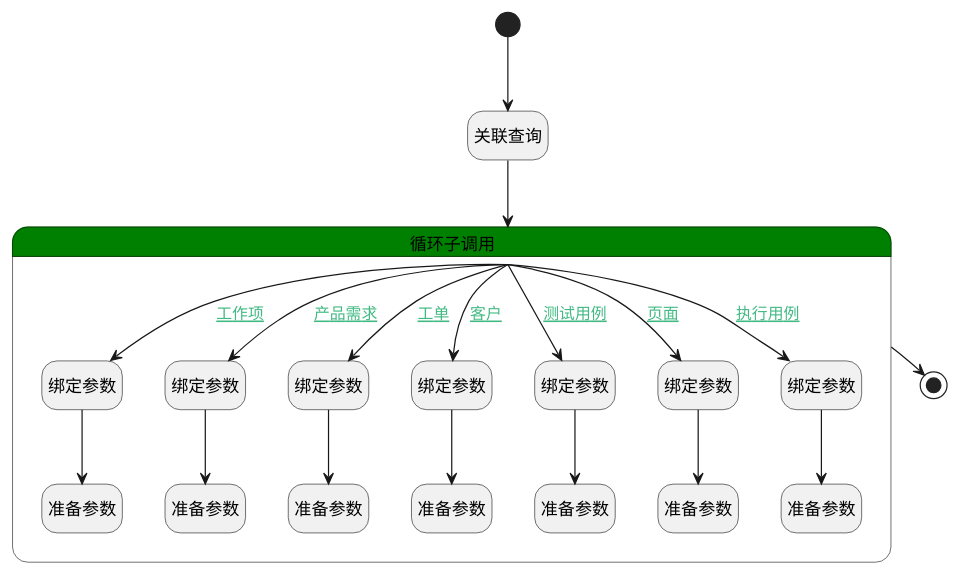
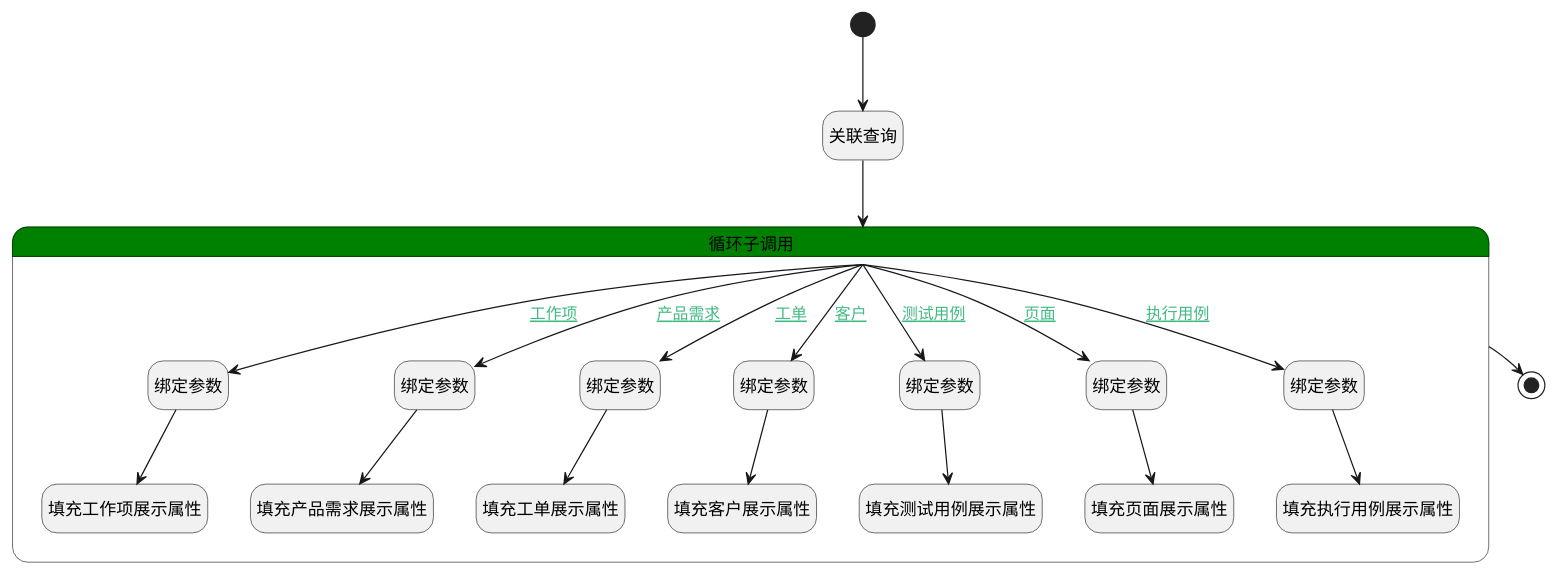
Before and after one commit to iBizLab/plm: the diagram in doc/docsify/module/Base/search_comment/logic/advanced_search.md, drawn with PlantUML. The commit also changed other lines of this file and 1068 other files, not shown here.

````diff
--- a/doc/docsify/module/Base/search_comment/logic/advanced_search.md
+++ b/doc/docsify/module/Base/search_comment/logic/advanced_search.md
@@ -7,52 +7,52 @@
 ```plantuml
 @startuml
 hide empty description
 <style>
 root {
   HyperlinkColor #42b983
 }
 </style>
 
 hide empty description
 state "开始" as Begin <<start>> [[$./advanced_search#begin {"开始"}]]
 state "关联查询" as DEDATASET1  [[$./advanced_search#dedataset1 {"关联查询"}]]
 state "结束" as END1 <<end>> [[$./advanced_search#end1 {"结束"}]]
 state "循环子调用" as LOOPSUBCALL1  [[$./advanced_search#loopsubcall1 {"循环子调用"}]] #green {
 state "绑定参数" as BINDPARAM1  [[$./advanced_search#bindparam1 {"绑定参数"}]]
-state "准备参数" as PREPAREPARAM1  [[$./advanced_search#prepareparam1 {"准备参数"}]]
+state "填充工作项展示属性" as PREPAREPARAM1  [[$./advanced_search#prepareparam1 {"填充工作项展示属性"}]]
 state "绑定参数" as BINDPARAM2  [[$./advanced_search#bindparam2 {"绑定参数"}]]
-state "准备参数" as PREPAREPARAM2  [[$./advanced_search#prepareparam2 {"准备参数"}]]
+state "填充产品需求展示属性" as PREPAREPARAM2  [[$./advanced_search#prepareparam2 {"填充产品需求展示属性"}]]
 state "绑定参数" as BINDPARAM3  [[$./advanced_search#bindparam3 {"绑定参数"}]]
-state "准备参数" as PREPAREPARAM3  [[$./advanced_search#prepareparam3 {"准备参数"}]]
+state "填充工单展示属性" as PREPAREPARAM3  [[$./advanced_search#prepareparam3 {"填充工单展示属性"}]]
 state "绑定参数" as BINDPARAM4  [[$./advanced_search#bindparam4 {"绑定参数"}]]
-state "准备参数" as PREPAREPARAM4  [[$./advanced_search#prepareparam4 {"准备参数"}]]
+state "填充客户展示属性" as PREPAREPARAM4  [[$./advanced_search#prepareparam4 {"填充客户展示属性"}]]
 state "绑定参数" as BINDPARAM5  [[$./advanced_search#bindparam5 {"绑定参数"}]]
-state "准备参数" as PREPAREPARAM5  [[$./advanced_search#prepareparam5 {"准备参数"}]]
+state "填充测试用例展示属性" as PREPAREPARAM5  [[$./advanced_search#prepareparam5 {"填充测试用例展示属性"}]]
 state "绑定参数" as BINDPARAM6  [[$./advanced_search#bindparam6 {"绑定参数"}]]
-state "准备参数" as PREPAREPARAM6  [[$./advanced_search#prepareparam6 {"准备参数"}]]
+state "填充页面展示属性" as PREPAREPARAM6  [[$./advanced_search#prepareparam6 {"填充页面展示属性"}]]
 state "绑定参数" as BINDPARAM7  [[$./advanced_search#bindparam7 {"绑定参数"}]]
-state "准备参数" as PREPAREPARAM7  [[$./advanced_search#prepareparam7 {"准备参数"}]]
+state "填充执行用例展示属性" as PREPAREPARAM7  [[$./advanced_search#prepareparam7 {"填充执行用例展示属性"}]]
 }
 
 
 Begin --> DEDATASET1
 DEDATASET1 --> LOOPSUBCALL1
 LOOPSUBCALL1 --> BINDPARAM1 : [[$./advanced_search#loopsubcall1-bindparam1{工作项} 工作项]]
 BINDPARAM1 --> PREPAREPARAM1
 LOOPSUBCALL1 --> END1
 LOOPSUBCALL1 --> BINDPARAM2 : [[$./advanced_search#loopsubcall1-bindparam2{产品需求} 产品需求]]
 BINDPARAM2 --> PREPAREPARAM2
 LOOPSUBCALL1 --> BINDPARAM3 : [[$./advanced_search#loopsubcall1-bindparam3{工单} 工单]]
 BINDPARAM3 --> PREPAREPARAM3
 LOOPSUBCALL1 --> BINDPARAM4 : [[$./advanced_search#loopsubcall1-bindparam4{客户} 客户]]
 BINDPARAM4 --> PREPAREPARAM4
 LOOPSUBCALL1 --> BINDPARAM5 : [[$./advanced_search#loopsubcall1-bindparam5{测试用例} 测试用例]]
 BINDPARAM5 --> PREPAREPARAM5
 LOOPSUBCALL1 --> BINDPARAM6 : [[$./advanced_search#loopsubcall1-bindparam6{页面} 页面]]
 BINDPARAM6 --> PREPAREPARAM6
 LOOPSUBCALL1 --> BINDPARAM7 : [[$./advanced_search#loopsubcall1-bindparam7{执行用例} 执行用例]]
 BINDPARAM7 --> PREPAREPARAM7
 
 
 @enduml
 ```
````
